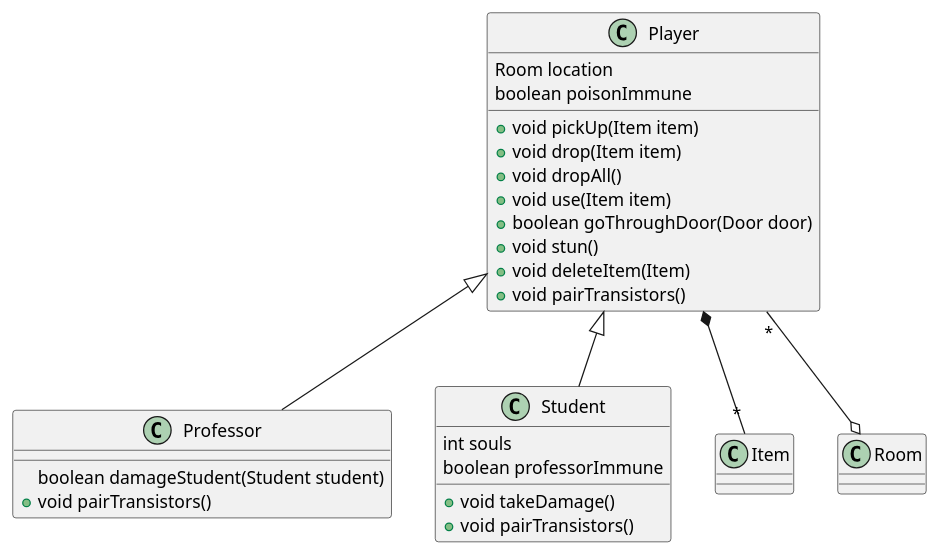
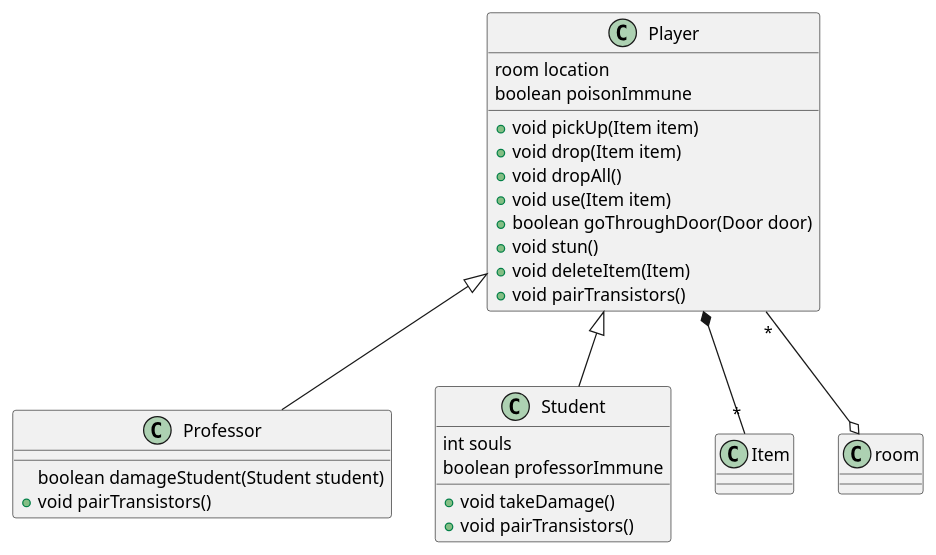
One commit to jajecnikmarci/ProjLab changed the diagram in docs/player.puml. Above: the diagram before and after it, drawn with PlantUML. The commit also changed 17 other files, not shown here.

```diff
--- a/docs/player.puml
+++ b/docs/player.puml
@@ -1,26 +1,26 @@
 class Player {
-    Room location
+    room location
     boolean poisonImmune
     + void pickUp(Item item)
     + void drop(Item item)
     + void dropAll()
     + void use(Item item)
     + boolean goThroughDoor(Door door)
     + void stun()
     + void deleteItem(Item)
     + void pairTransistors()
 }
 class Professor extends Player {
     boolean damageStudent(Student student)
     + void pairTransistors()
 }
 class Student extends Player {
     int souls
     boolean professorImmune
     + void takeDamage()
     + void pairTransistors()
 }
 
 Player  *--   "*" Item 
 
-Player "*" --o Room
+Player "*" --o room
```
